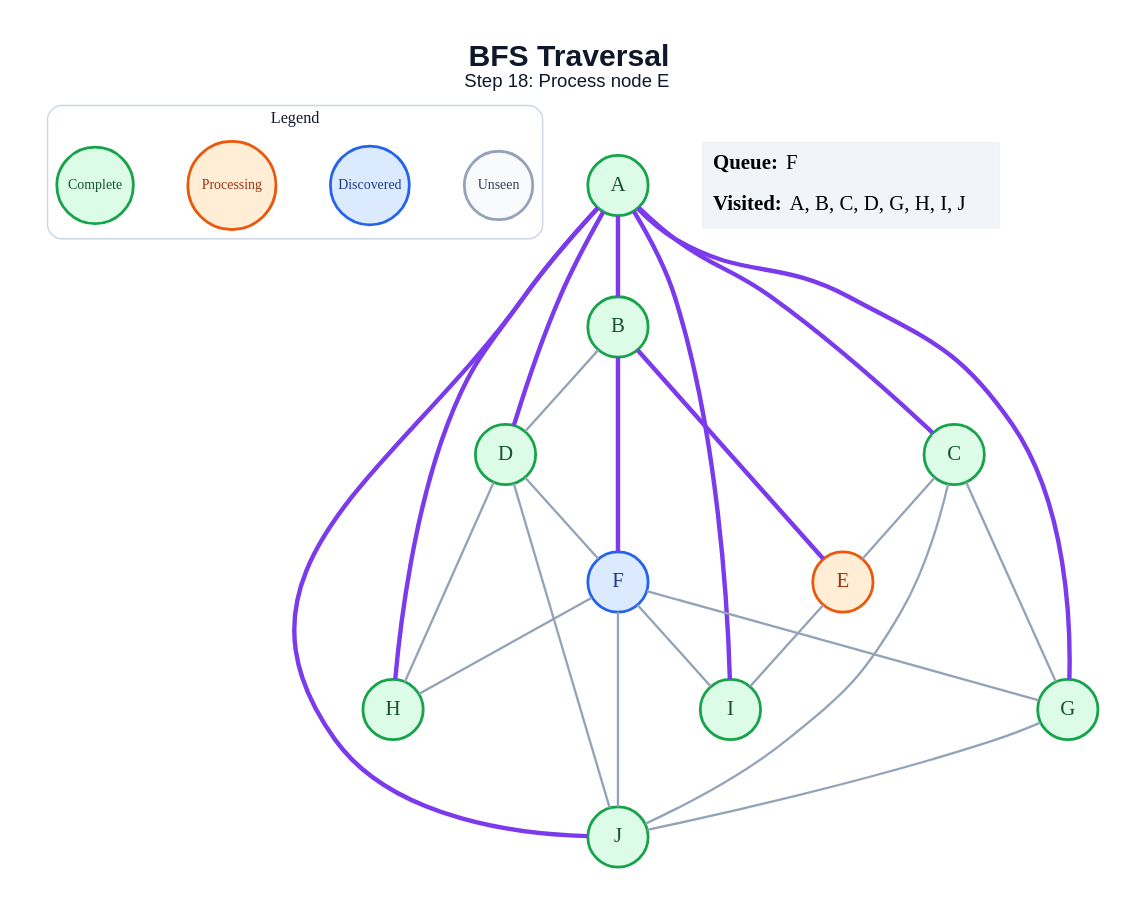
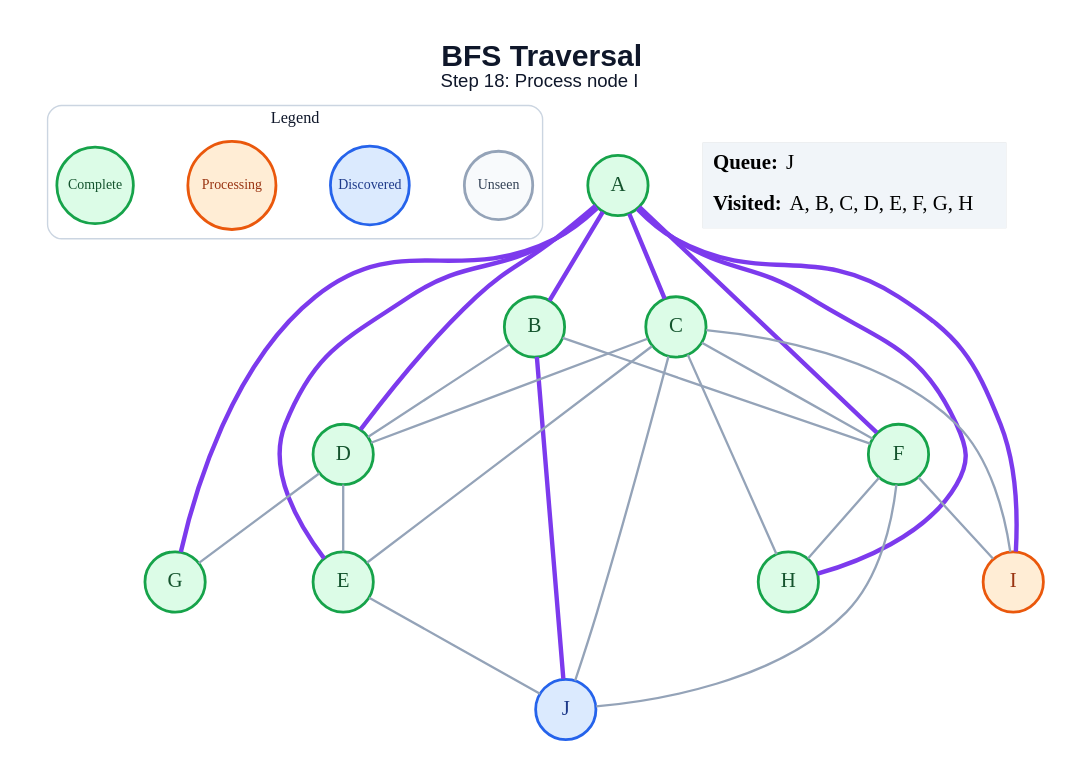
One commit to amanghodawala9/ai-slop changed the diagram in generated/bfs/step_18.dot. Above: the diagram before and after it, drawn with Graphviz. The commit also changed 178 other files, not shown here.

```diff
--- a/generated/bfs/step_18.dot
+++ b/generated/bfs/step_18.dot
@@ -1,51 +1,52 @@
 graph traversal {
   graph [layout=dot, rankdir=TB, bgcolor="#FFFFFF", pad="0.35", nodesep="0.65", ranksep="0.8", fontname="Arial"];
   node [shape=circle, style="filled", fontname="Arial Bold", fontsize=18, width=0.72, fixedsize=true, penwidth=2.4];
   edge [color="#94A3B8", penwidth=2.0];
-  label=<<B>BFS Traversal</B><BR/><FONT POINT-SIZE="16">Step 18: Process node E</FONT>>; labelloc="t"; fontsize=26; fontname="Arial"; fontcolor="#0F172A";
+  label=<<B>BFS Traversal</B><BR/><FONT POINT-SIZE="16">Step 18: Process node I</FONT>>; labelloc="t"; fontsize=26; fontname="Arial"; fontcolor="#0F172A";
   subgraph cluster_legend { label="Legend"; color="#CBD5E1"; penwidth=1.2; style="rounded"; fontsize=14; fontname="Arial Bold";
     key_unseen [label="Unseen", fillcolor="#F8FAFC", color="#94A3B8", fontcolor="#334155", fontsize=12, width=0.82];
     key_frontier [label="Discovered", fillcolor="#DBEAFE", color="#2563EB", fontcolor="#1E3A8A", fontsize=12, width=0.95];
     key_current [label="Processing", fillcolor="#FFEDD5", color="#EA580C", fontcolor="#9A3412", fontsize=12, width=1.05];
     key_done [label="Complete", fillcolor="#DCFCE7", color="#16A34A", fontcolor="#14532D", fontsize=12, width=0.92];
     { rank=same; key_unseen; key_frontier; key_current; key_done; }
   }
   A [fillcolor="#DCFCE7", color="#16A34A", fontcolor="#14532D"];
   B [fillcolor="#DCFCE7", color="#16A34A", fontcolor="#14532D"];
   C [fillcolor="#DCFCE7", color="#16A34A", fontcolor="#14532D"];
   D [fillcolor="#DCFCE7", color="#16A34A", fontcolor="#14532D"];
-  E [fillcolor="#FFEDD5", color="#EA580C", fontcolor="#9A3412"];
-  F [fillcolor="#DBEAFE", color="#2563EB", fontcolor="#1E3A8A"];
+  E [fillcolor="#DCFCE7", color="#16A34A", fontcolor="#14532D"];
+  F [fillcolor="#DCFCE7", color="#16A34A", fontcolor="#14532D"];
   G [fillcolor="#DCFCE7", color="#16A34A", fontcolor="#14532D"];
   H [fillcolor="#DCFCE7", color="#16A34A", fontcolor="#14532D"];
-  I [fillcolor="#DCFCE7", color="#16A34A", fontcolor="#14532D"];
-  J [fillcolor="#DCFCE7", color="#16A34A", fontcolor="#14532D"];
+  I [fillcolor="#FFEDD5", color="#EA580C", fontcolor="#9A3412"];
+  J [fillcolor="#DBEAFE", color="#2563EB", fontcolor="#1E3A8A"];
   A -- B [color="#7C3AED", penwidth=3.8];
   A -- C [color="#7C3AED", penwidth=3.8];
   A -- D [color="#7C3AED", penwidth=3.8];
+  A -- E [color="#7C3AED", penwidth=3.8];
+  A -- F [color="#7C3AED", penwidth=3.8];
   A -- G [color="#7C3AED", penwidth=3.8];
   A -- H [color="#7C3AED", penwidth=3.8];
   A -- I [color="#7C3AED", penwidth=3.8];
-  A -- J [color="#7C3AED", penwidth=3.8];
   B -- D;
-  B -- E [color="#7C3AED", penwidth=3.8];
-  B -- F [color="#7C3AED", penwidth=3.8];
+  B -- F;
+  B -- J [color="#7C3AED", penwidth=3.8];
+  C -- D;
   C -- E;
-  C -- G;
+  C -- F;
+  C -- H;
+  C -- I;
   C -- J;
-  D -- F;
-  D -- H;
-  D -- J;
-  E -- I;
-  F -- G;
+  D -- E;
+  D -- G;
+  E -- J;
   F -- H;
   F -- I;
   F -- J;
-  G -- J;
   status [shape=plain, fixedsize=false, width=0, height=0, margin=0, label=<
     <TABLE BORDER="0" CELLBORDER="0" CELLPADDING="7" BGCOLOR="#F1F5F9">
-      <TR><TD ALIGN="LEFT"><B>Queue:</B> F</TD></TR>
-      <TR><TD ALIGN="LEFT"><B>Visited:</B> A, B, C, D, G, H, I, J</TD></TR>
+      <TR><TD ALIGN="LEFT"><B>Queue:</B> J</TD></TR>
+      <TR><TD ALIGN="LEFT"><B>Visited:</B> A, B, C, D, E, F, G, H</TD></TR>
     </TABLE>
   >];
 }
```
